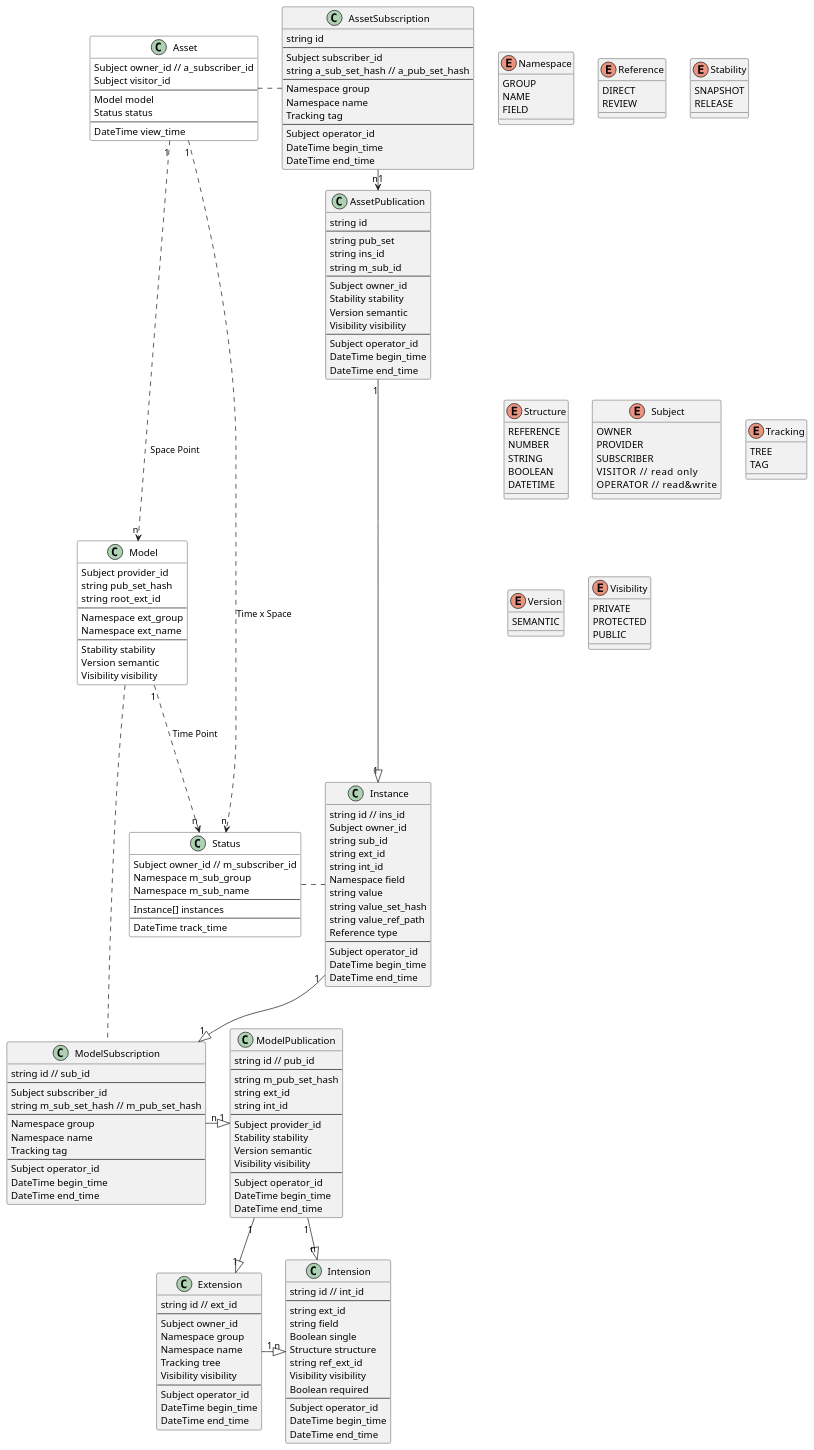
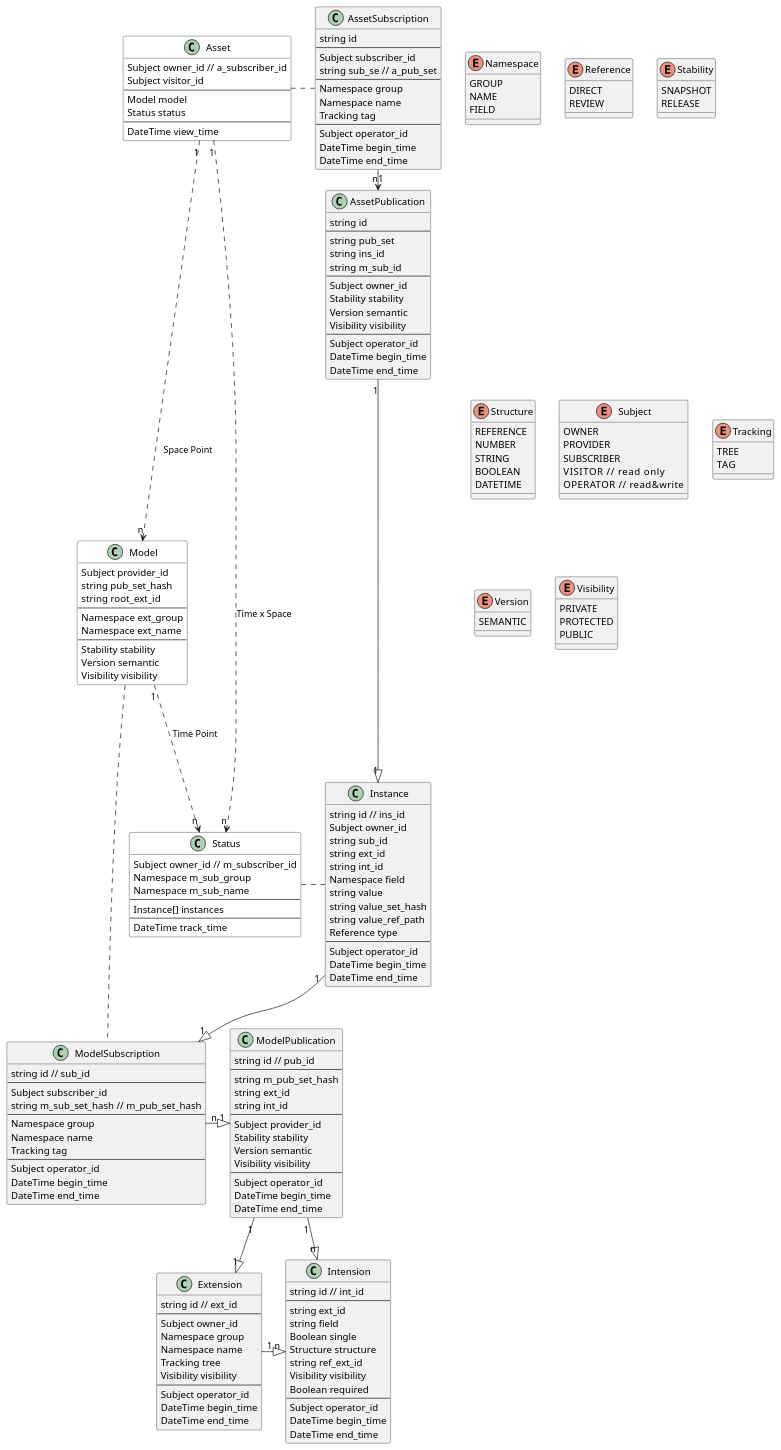
One commit to SINeWang/kiimate changed the diagram in kiimate.puml. Above: the diagram before and after it, drawn with PlantUML. The commit also changed 1 other file, not shown here.

```diff
--- a/kiimate.puml
+++ b/kiimate.puml
@@ -65,7 +65,7 @@
     string id
     ---
     Subject subscriber_id
-    string a_sub_set_hash // a_pub_set_hash
+    string sub_se // a_pub_set
     ---
     Namespace group
     Namespace name
```
